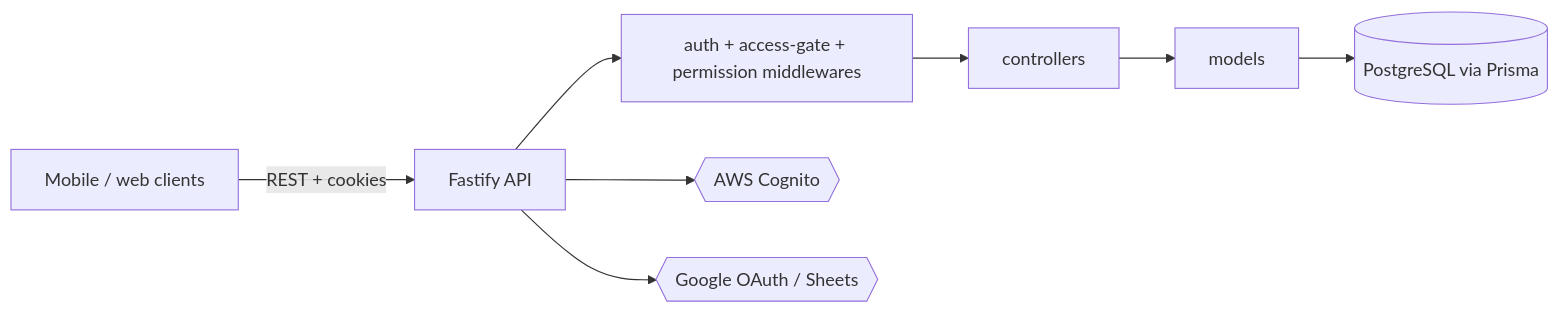
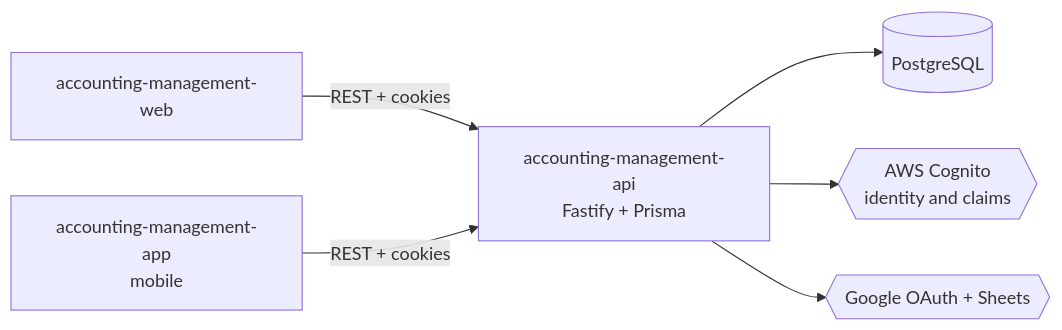
The first of 4 diagrams in README.md (mkwitko/field-operations-tracker-api), drawn with Mermaid before and after one commit. The commit also changed other lines of this file, not shown here.

Commit message:
docs: add system context, layer, access flow and data model diagrams to README

````diff
--- a/README.md
+++ b/README.md
@@ -19,8 +21,8 @@
 ```mermaid
 flowchart LR
-  Client[Mobile / web clients] -->|REST + cookies| API[Fastify API]
-  API --> MW[auth + access-gate + permission middlewares]
-  MW --> Ctl[controllers] --> Mdl[models] --> DB[(PostgreSQL via Prisma)]
-  API --> Cognito{{AWS Cognito}}
-  API --> Google{{Google OAuth / Sheets}}
+  Web[accounting-management-web] -->|REST + cookies| API[accounting-management-api<br/>Fastify + Prisma]
+  App[accounting-management-app<br/>mobile] -->|REST + cookies| API
+  API --> DB[(PostgreSQL)]
+  API --> Cognito{{AWS Cognito<br/>identity and claims}}
+  API --> Google{{Google OAuth + Sheets}}
 ```
````
